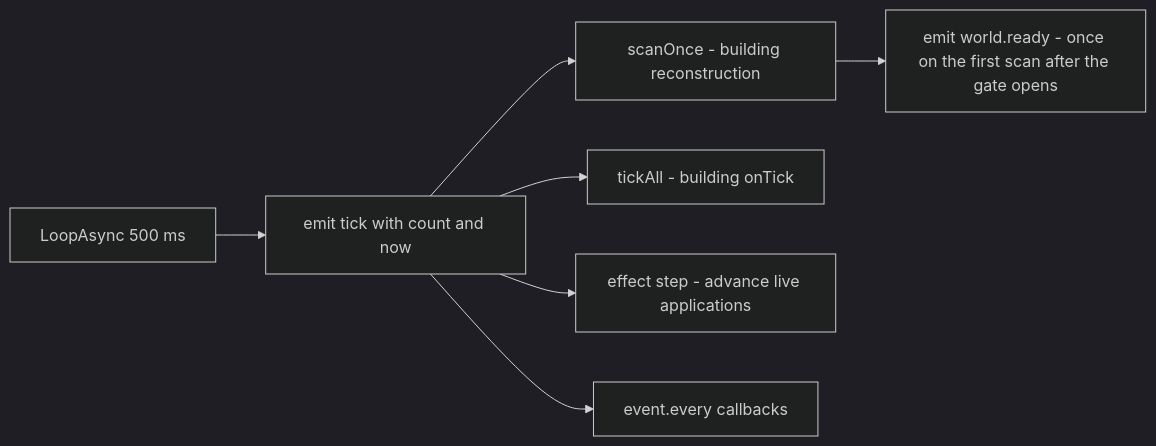
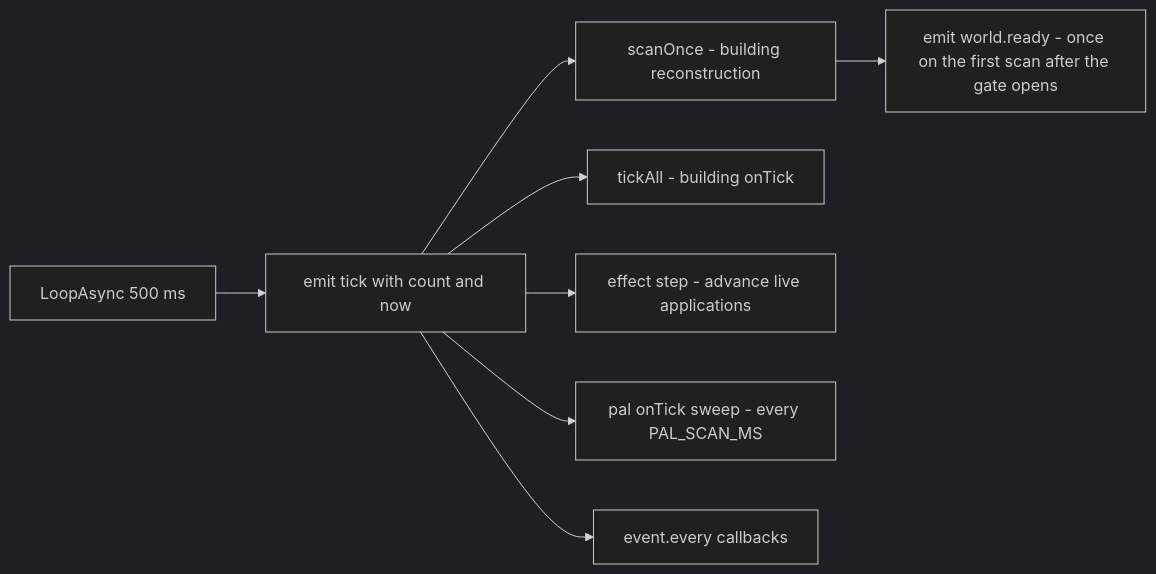
Before and after one commit to dr-mikan/PalForge: the fourth of 8 diagrams in docs/content/docs/concepts/lifecycle.ja.mdx, drawn with Mermaid (dark theme). The commit also changed other lines of this file and 190 other files, not shown here.

````diff
--- a/docs/content/docs/concepts/lifecycle.ja.mdx
+++ b/docs/content/docs/concepts/lifecycle.ja.mdx
@@ -212,9 +276,10 @@
 ```mermaid
 flowchart LR
     L["LoopAsync 500 ms"] --> T["emit tick with count and now"]
     T --> S["scanOnce - building reconstruction"]
     S --> W["emit world.ready - once on the first scan after the gate opens"]
     T --> B["tickAll - building onTick"]
     T --> E["effect step - advance live applications"]
+    T --> P["pal onTick sweep - every PAL_SCAN_MS"]
     T --> U["event.every callbacks"]
 ```
````
